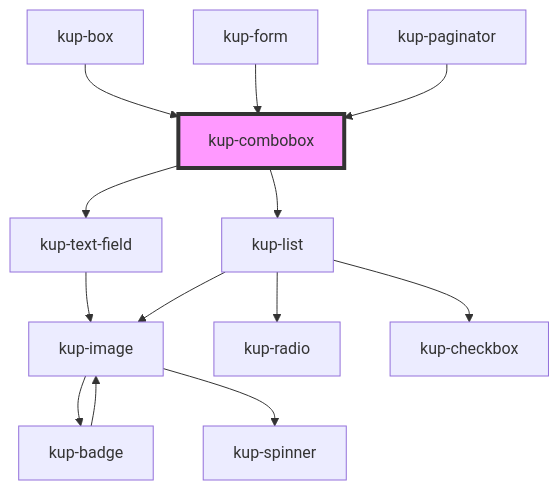
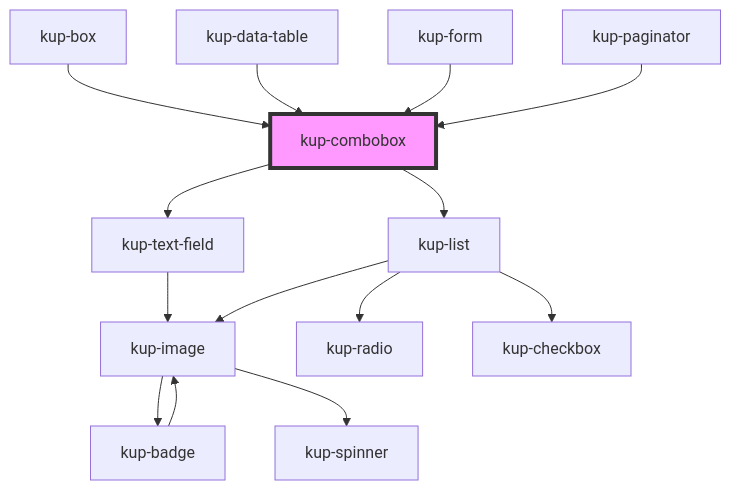
Before and after one commit to smeup/ketchup: the diagram in packages/ketchup/src/components/kup-combobox/readme.md, drawn with Mermaid. The commit also changed other lines of this file and 14 other files, not shown here.

Commit message:
More style fixes on data table and paginator.

````diff
--- a/packages/ketchup/src/components/kup-combobox/readme.md
+++ b/packages/ketchup/src/components/kup-combobox/readme.md
@@ -45,16 +46,17 @@
 ```mermaid
 graph TD;
   kup-combobox --> kup-text-field
   kup-combobox --> kup-list
   kup-text-field --> kup-image
   kup-image --> kup-badge
   kup-image --> kup-spinner
   kup-badge --> kup-image
   kup-list --> kup-image
   kup-list --> kup-radio
   kup-list --> kup-checkbox
   kup-box --> kup-combobox
+  kup-data-table --> kup-combobox
   kup-form --> kup-combobox
   kup-paginator --> kup-combobox
   style kup-combobox fill:#f9f,stroke:#333,stroke-width:4px
 ```
````
